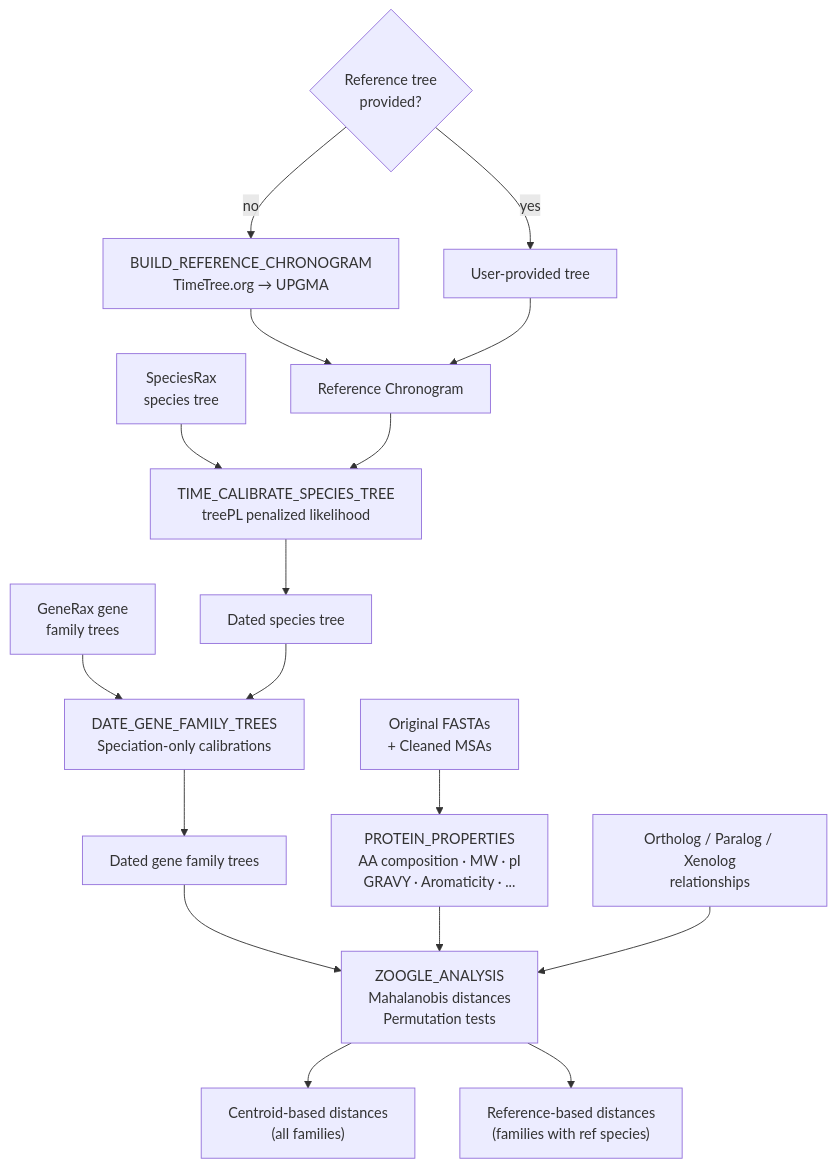
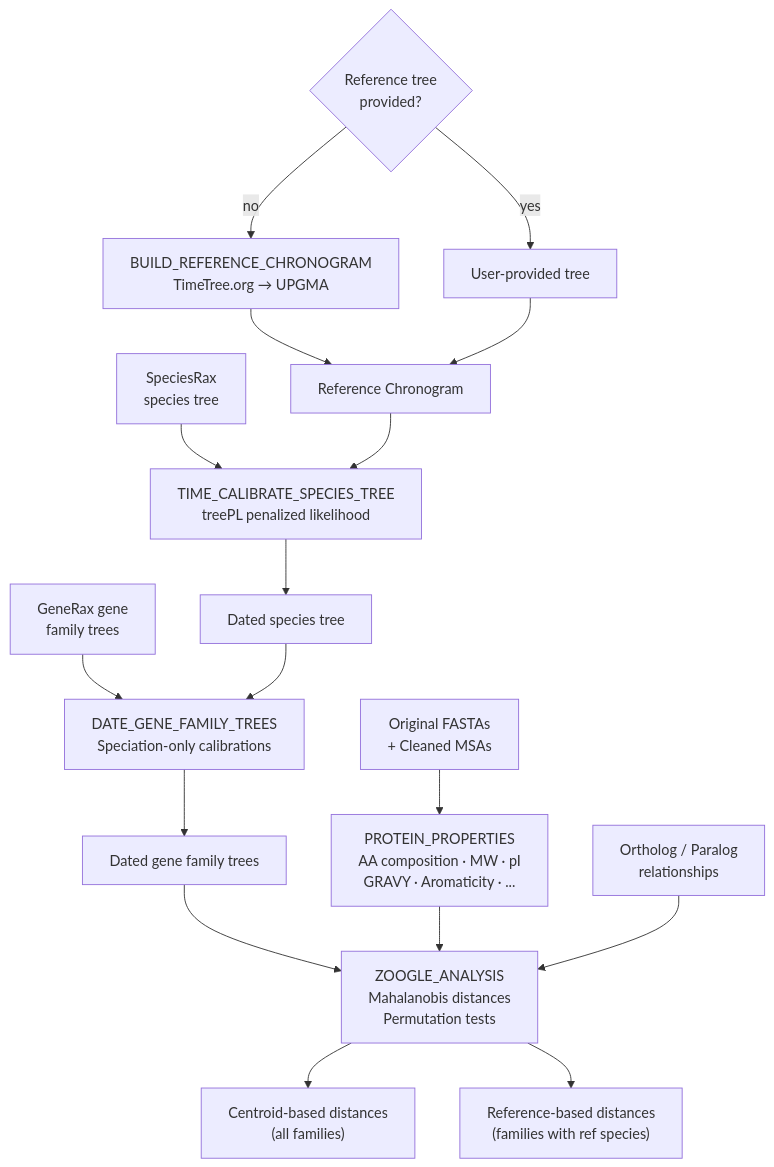
The sixth of 6 diagrams in README.md (Arcadia-Science/noveltree), drawn with Mermaid before and after one commit. The commit also changed other lines of this file and 15 other files, not shown here.

````diff
--- a/README.md
+++ b/README.md
@@ -331,25 +331,25 @@
 ```mermaid
 flowchart TD
     OG_FAS["Original FASTAs<br/>+ Cleaned MSAs"] --> PHYSCHEM["PROTEIN_PROPERTIES<br/>AA composition · MW · pI<br/>GRAVY · Aromaticity · ..."]
 
     REFQ{"Reference tree<br/>provided?"}
     REFQ -->|no| BUILD["BUILD_REFERENCE_CHRONOGRAM<br/>TimeTree.org → UPGMA"]
     REFQ -->|yes| USER["User-provided tree"]
     BUILD --> REF["Reference Chronogram"]
     USER --> REF
 
     SPP["SpeciesRax<br/>species tree"] --> TCAL["TIME_CALIBRATE_SPECIES_TREE<br/>treePL penalized likelihood"]
     REF --> TCAL
     TCAL --> DATED_SPP["Dated species tree"]
 
     GFT["GeneRax gene<br/>family trees"] --> DATE["DATE_GENE_FAMILY_TREES<br/>Speciation-only calibrations"]
     DATED_SPP --> DATE
     DATE --> DATED_GFT["Dated gene family trees"]
 
     DATED_GFT --> ZOOG["ZOOGLE_ANALYSIS<br/>Mahalanobis distances<br/>Permutation tests"]
     PHYSCHEM --> ZOOG
-    RELS["Ortholog / Paralog / Xenolog<br/>relationships"] --> ZOOG
+    RELS["Ortholog / Paralog<br/>relationships"] --> ZOOG
 
     ZOOG --> CENT["Centroid-based distances<br/>(all families)"]
     ZOOG --> REFD["Reference-based distances<br/>(families with ref species)"]
 ```
````
